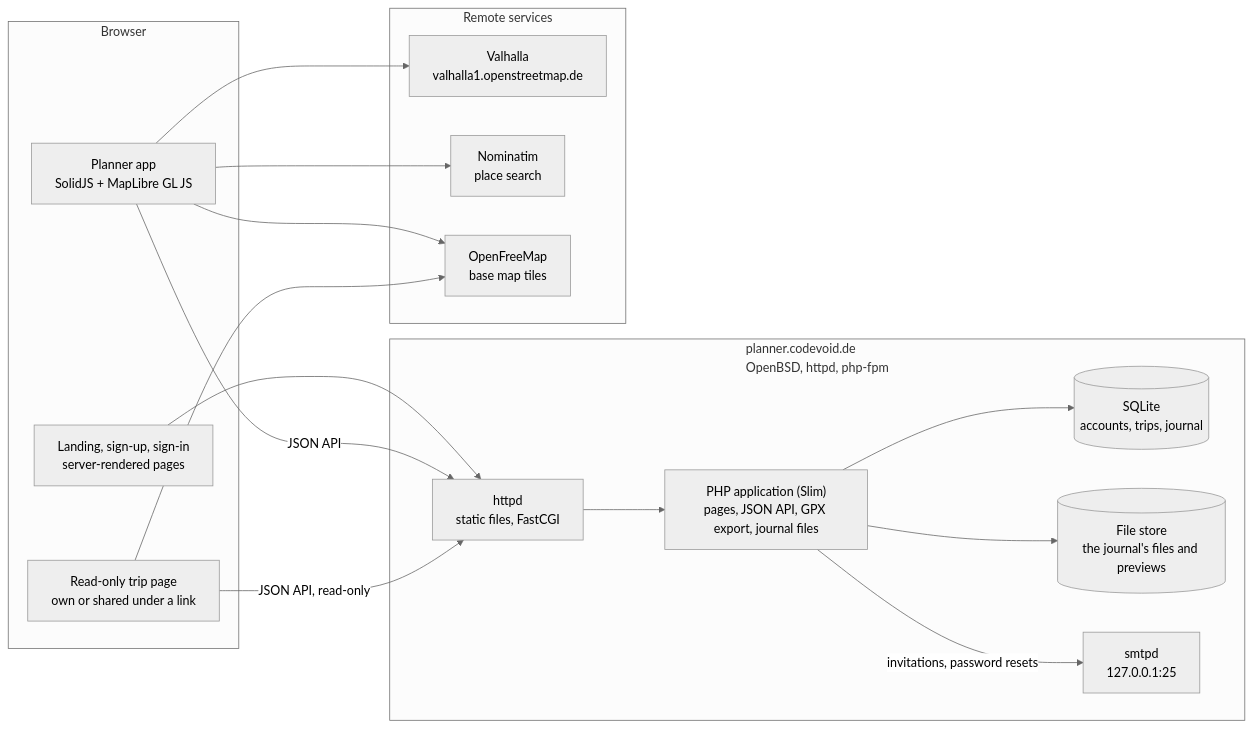
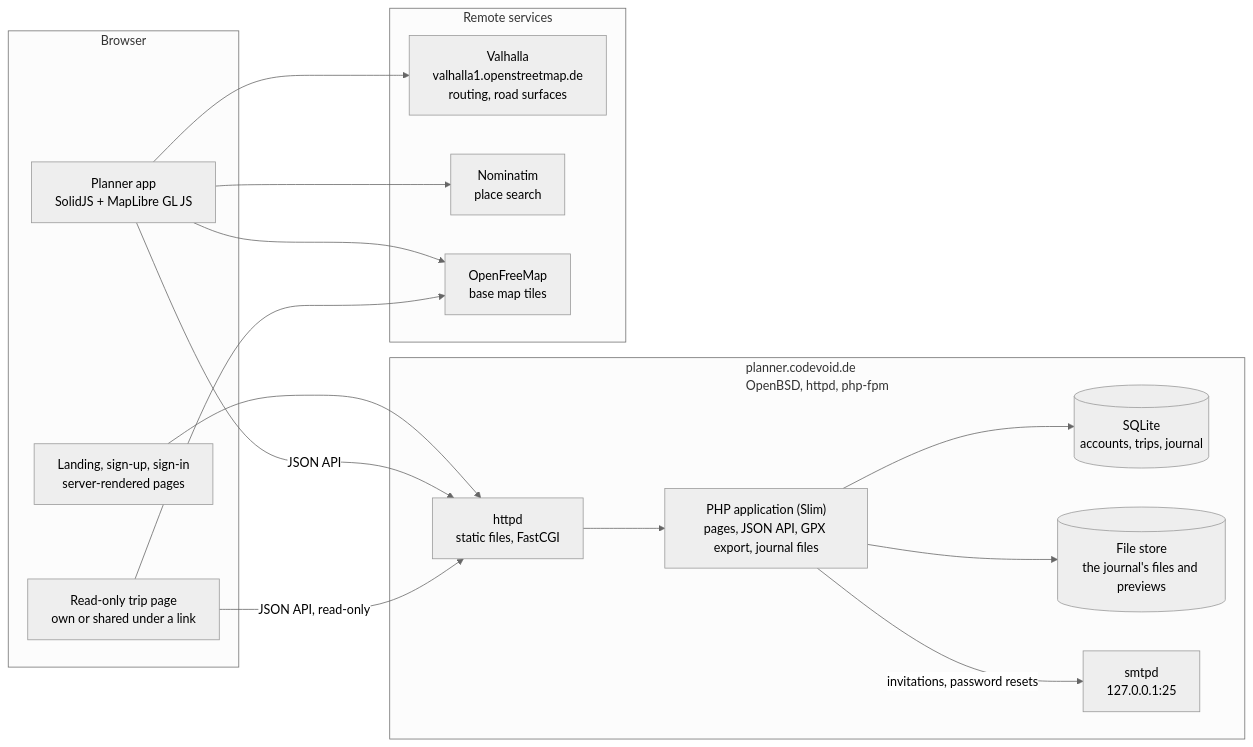
The first of 3 diagrams in .github/architecture.md (c0dev0id/TripPlanner), drawn with Mermaid (neutral theme) before and after one commit. The commit also changed other lines of this file and 18 other files, not shown here.

````diff
--- a/.github/architecture.md
+++ b/.github/architecture.md
@@ -8,31 +8,31 @@
 ```mermaid
 flowchart LR
   subgraph browser["Browser"]
     pages["Landing, sign-up, sign-in<br/>server-rendered pages"]
     app["Planner app<br/>SolidJS + MapLibre GL JS"]
     view["Read-only trip page<br/>own or shared under a link"]
   end
   subgraph server["planner.codevoid.de<br/>OpenBSD, httpd, php-fpm"]
     httpd["httpd<br/>static files, FastCGI"]
     php["PHP application (Slim)<br/>pages, JSON API, GPX export, journal files"]
     db[("SQLite<br/>accounts, trips, journal")]
     files[("File store<br/>the journal's files and previews")]
     smtpd["smtpd<br/>127.0.0.1:25"]
   end
   subgraph remote["Remote services"]
-    valhalla["Valhalla<br/>valhalla1.openstreetmap.de"]
+    valhalla["Valhalla<br/>valhalla1.openstreetmap.de<br/>routing, road surfaces"]
     nominatim["Nominatim<br/>place search"]
     tiles["OpenFreeMap<br/>base map tiles"]
   end
   pages --> httpd
   app -->|JSON API| httpd
   view -->|JSON API, read-only| httpd
   httpd --> php
   php --> db
   php --> files
   php -->|invitations, password resets| smtpd
   app --> valhalla
   app --> nominatim
   app --> tiles
   view --> tiles
 ```
````
